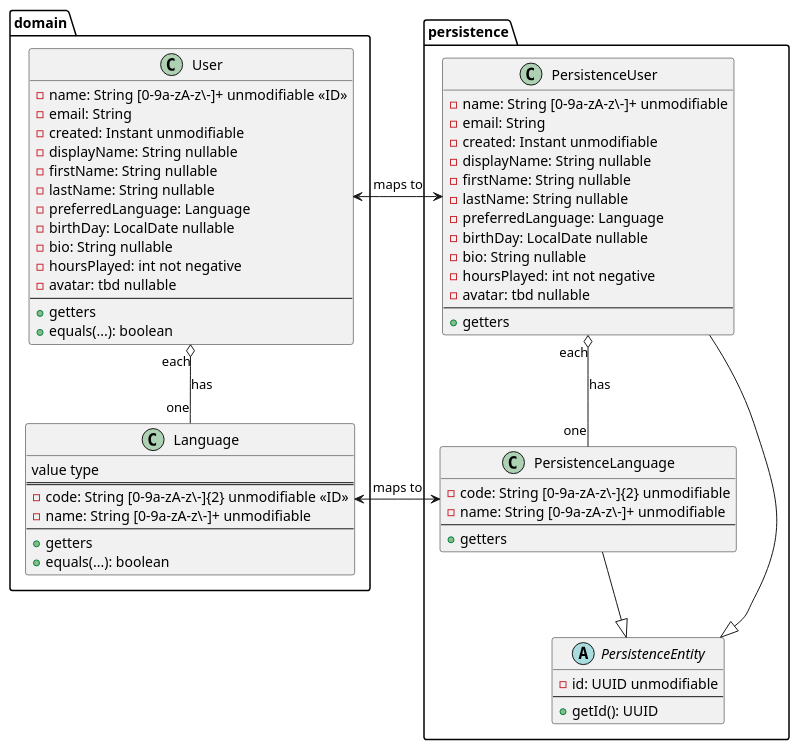
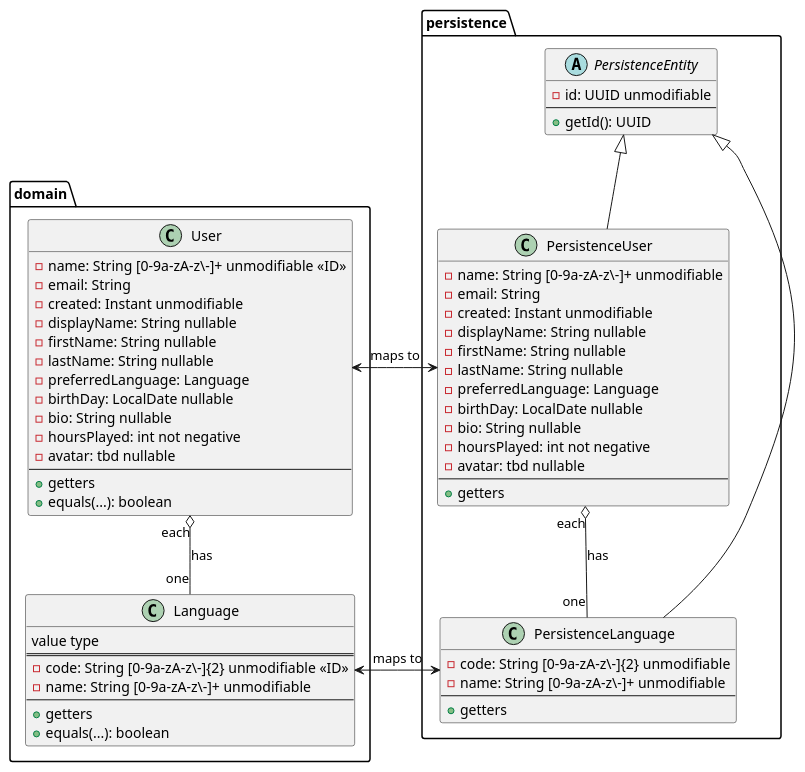
One commit to turing85/untitled-rpg-webapp changed the diagram in doc/datamodel/UML.puml. Above: the diagram before and after it, drawn with PlantUML. The commit also changed 1 other file, not shown here.

```diff
--- a/doc/datamodel/UML.puml
+++ b/doc/datamodel/UML.puml
@@ -1,76 +1,76 @@
 @startuml
 
 package domain {
 
     class User {
         {field} - name: String [0-9a-zA-z\-]+ unmodifiable <<ID>>
         {field} - email: String
         {field} - created: Instant unmodifiable
         {field} - displayName: String nullable
         {field} - firstName: String nullable
         {field} - lastName: String nullable
         {field} - preferredLanguage: Language
         {field} - birthDay: LocalDate nullable
         {field} - bio: String nullable
         {field} - hoursPlayed: int not negative
         {field} - avatar: tbd nullable
         ---
         {method}+ getters
         {method}+ equals(...): boolean
     }
 
     class Language {
         value type
         ===
         {field} - code: String [0-9a-zA-z\-]{2} unmodifiable <<ID>>
         {field} - name: String [0-9a-zA-z\-]+ unmodifiable
         ---
         {method} + getters
         {method} + equals(...): boolean
     }
 }
 
 package persistence {
 
     abstract class PersistenceEntity {
         {field} - id: UUID unmodifiable
         ---
         {method} + getId(): UUID
     }
 
     class PersistenceUser {
         {field} - name: String [0-9a-zA-z\-]+ unmodifiable
         {field} - email: String
         {field} - created: Instant unmodifiable
         {field} - displayName: String nullable
         {field} - firstName: String nullable
         {field} - lastName: String nullable
         {field} - preferredLanguage: Language
         {field} - birthDay: LocalDate nullable
         {field} - bio: String nullable
         {field} - hoursPlayed: int not negative
         {field} - avatar: tbd nullable
         ---
         {method}+ getters
     }
 
     class PersistenceLanguage {
         {field} - code: String [0-9a-zA-z\-]{2} unmodifiable
         {field} - name: String [0-9a-zA-z\-]+ unmodifiable
         ---
         {method} + getters
     }
 
 }
 
 User "each" o-down- "one" Language:  has
 
-PersistenceEntity <|-up- PersistenceUser
-PersistenceEntity <|-up- PersistenceLanguage
+PersistenceEntity <|-- PersistenceUser
+PersistenceEntity <|-- PersistenceLanguage
 PersistenceUser "each" o-- "one" PersistenceLanguage: has
 
 
 PersistenceUser <-left-> User: maps to
 PersistenceLanguage <-left-> Language: maps to
 
 @enduml
```
